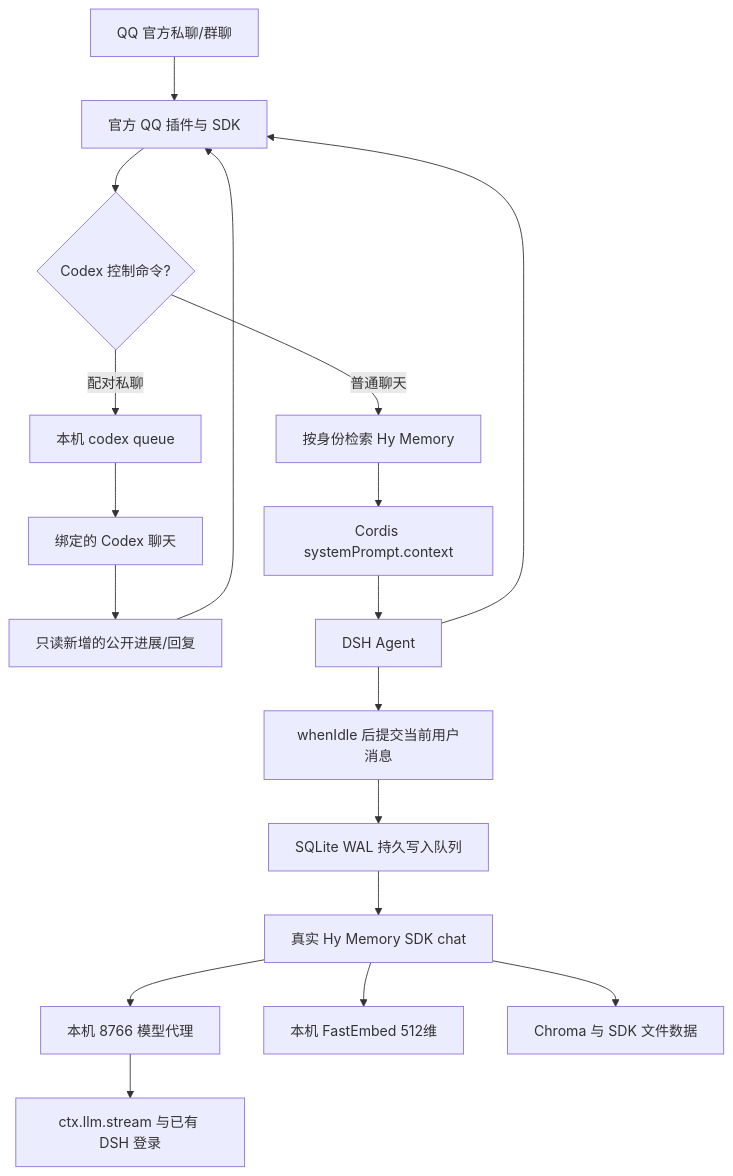
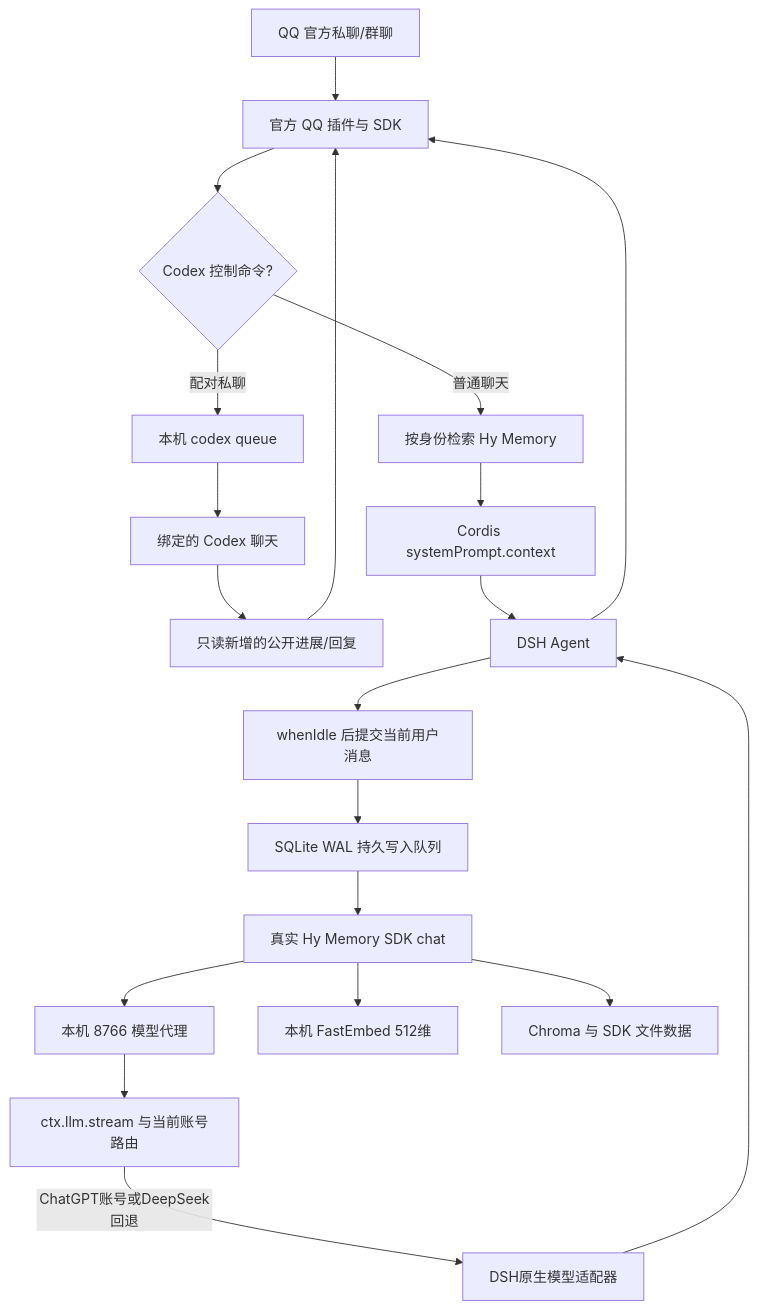
The diagram in docs/ARCHITECTURE.md (Hitachi-Mako71/shuimu-qqbot-dsh-hymemory), drawn with Mermaid before and after one commit. The commit also changed other lines of this file and 160 other files, not shown here.

````diff
--- a/docs/ARCHITECTURE.md
+++ b/docs/ARCHITECTURE.md
@@ -5,20 +9,22 @@
 ```mermaid
 flowchart TD
   QQ[QQ 官方私聊/群聊] --> SDK[官方 QQ 插件与 SDK]
   SDK --> Relay{Codex 控制命令?}
   Relay -->|配对私聊| CQ[本机 codex queue]
   CQ --> CC[绑定的 Codex 聊天]
   CC --> CR[只读新增的公开进展/回复]
   CR --> SDK
   Relay -->|普通聊天| Recall[按身份检索 Hy Memory]
   Recall --> Context[Cordis systemPrompt.context]
   Context --> Agent[DSH Agent]
   Agent --> SDK
   Agent --> Idle[whenIdle 后提交当前用户消息]
   Idle --> Outbox[SQLite WAL 持久写入队列]
   Outbox --> Hy[真实 Hy Memory SDK chat]
   Hy --> LLM[本机 8766 模型代理]
-  LLM --> Native[ctx.llm.stream 与已有 DSH 登录]
+  LLM --> Native[ctx.llm.stream 与当前账号路由]
+  Native -->|ChatGPT账号或DeepSeek回退| Selected[DSH原生模型适配器]
+  Selected --> Agent
   Hy --> Emb[本机 FastEmbed 512维]
   Hy --> Store[Chroma 与 SDK 文件数据]
 ```
````
